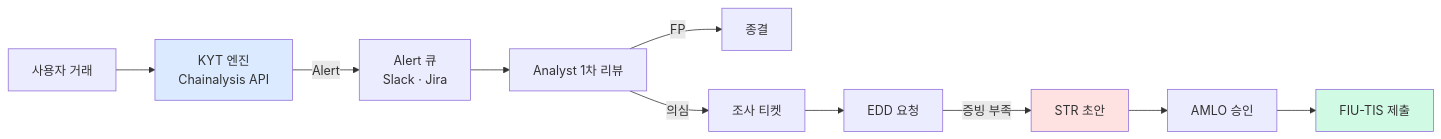
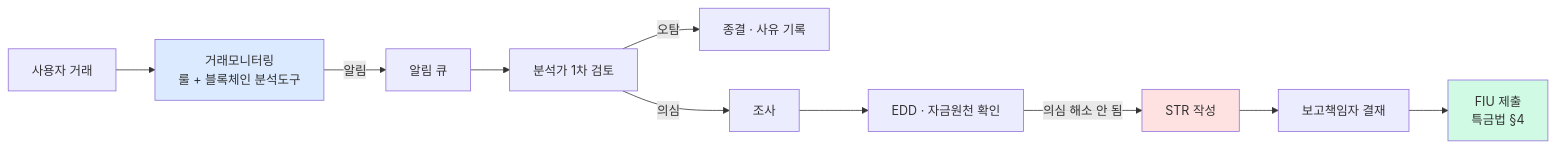
Before and after one commit to lala-david/aml-notes: the fourth of 4 diagrams in notes/1-foundations/what-is-aml.md, drawn with Mermaid. The commit also changed other lines of this file and 233 other files, not shown here.

````diff
--- a/notes/1-foundations/what-is-aml.md
+++ b/notes/1-foundations/what-is-aml.md
@@ -276,15 +282,15 @@
 ```mermaid
 flowchart LR
-    U[사용자 거래] --> K[KYT 엔진<br/>Chainalysis API]
-    K -->|Alert| Q[Alert 큐<br/>Slack · Jira]
-    Q --> A[Analyst 1차 리뷰]
-    A -->|FP| C[종결]
-    A -->|의심| I[조사 티켓]
-    I --> E[EDD 요청]
-    E -->|증빙 부족| S[STR 초안]
-    S --> L[AMLO 승인]
-    L --> F[FIU-TIS 제출]
+    U[사용자 거래] --> K["거래모니터링<br/>룰 + 블록체인 분석도구"]
+    K -->|알림| Q[알림 큐]
+    Q --> A[분석가 1차 검토]
+    A -->|오탐| C["종결 · 사유 기록"]
+    A -->|의심| I[조사]
+    I --> E[EDD · 자금원천 확인]
+    E -->|의심 해소 안 됨| S[STR 작성]
+    S --> L[보고책임자 결재]
+    L --> F["FIU 제출<br/>특금법 §4"]
     style K fill:#dbeafe
     style S fill:#fee2e2
     style F fill:#d1fae5
 ```
````
